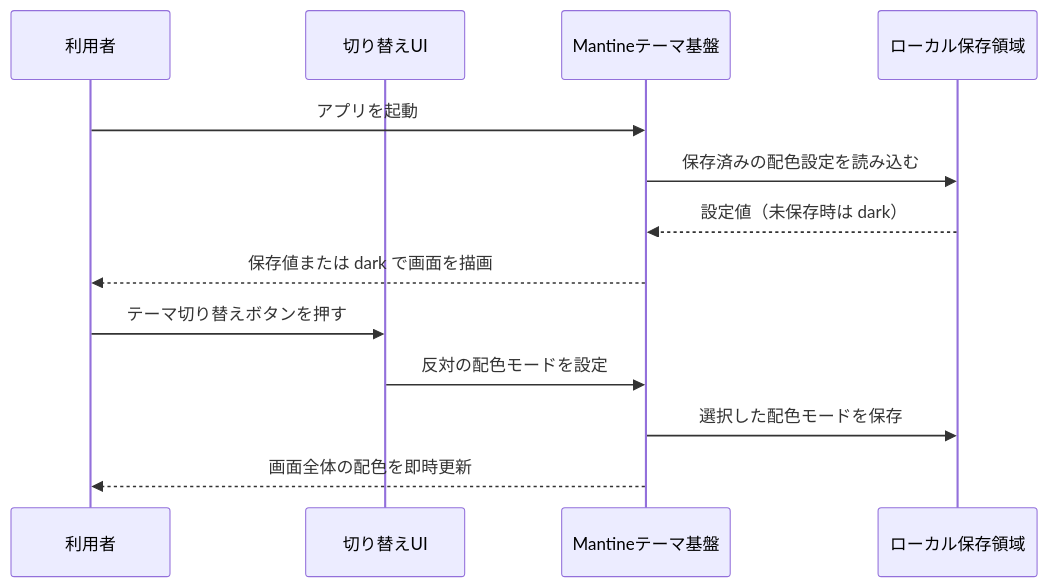
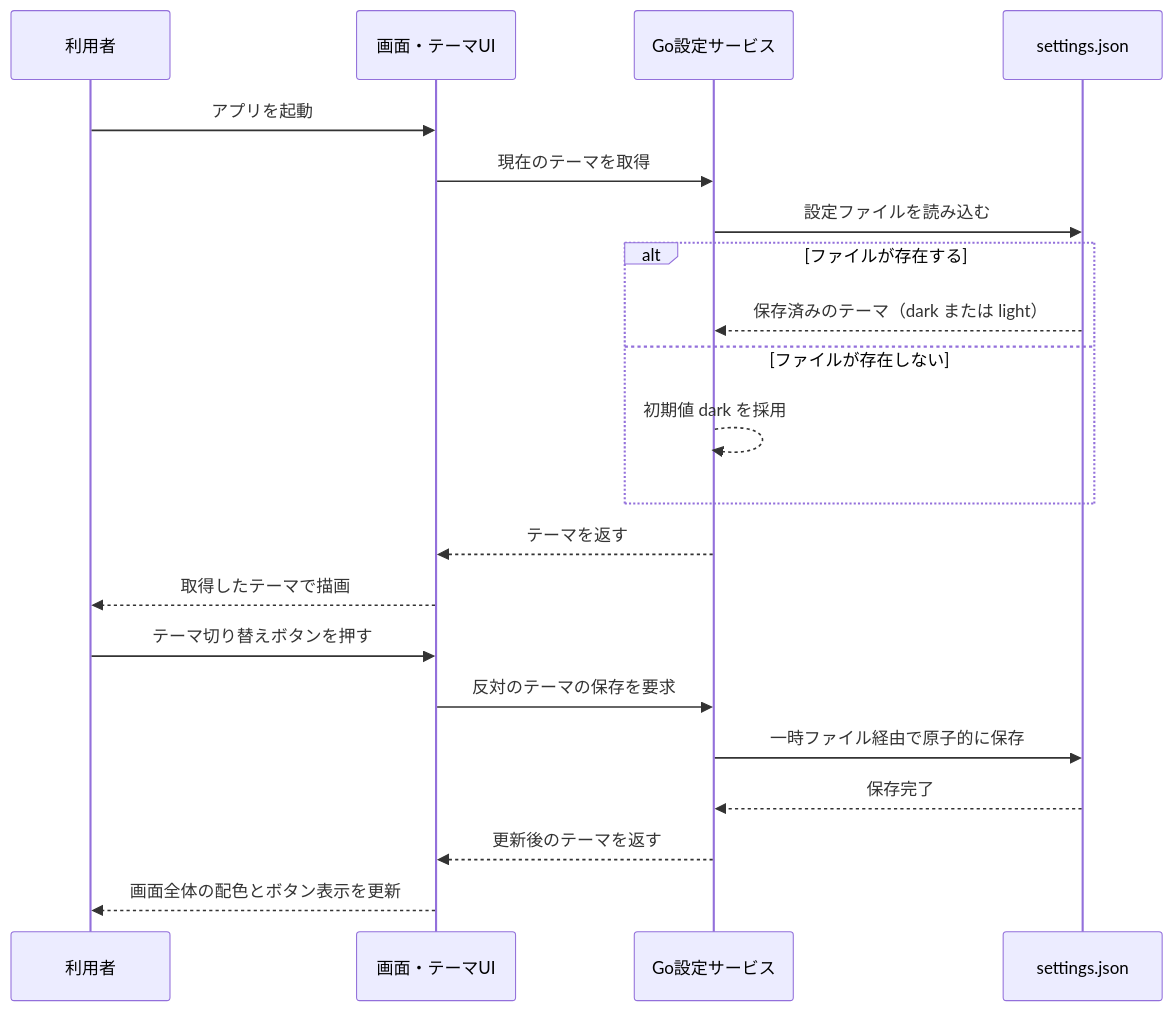
The diagram in docs/design/UCP-4.md (nuitsjp/azfoundry-deck), drawn with Mermaid before and after one commit. The commit also changed other lines of this file and 4 other files, not shown here.

````diff
--- a/docs/design/UCP-4.md
+++ b/docs/design/UCP-4.md
@@ -13,15 +14,23 @@
 ```mermaid
 sequenceDiagram
   participant U as 利用者
-  participant C as 切り替えUI
-  participant M as Mantineテーマ基盤
-  participant S as ローカル保存領域
-  U->>M: アプリを起動
-  M->>S: 保存済みの配色設定を読み込む
-  S-->>M: 設定値（未保存時は dark）
-  M-->>U: 保存値または dark で画面を描画
+  participant C as 画面・テーマUI
+  participant S as Go設定サービス
+  participant F as settings.json
+  U->>C: アプリを起動
+  C->>S: 現在のテーマを取得
+  S->>F: 設定ファイルを読み込む
+  alt ファイルが存在する
+    F-->>S: 保存済みのテーマ（dark または light）
+  else ファイルが存在しない
+    S-->>S: 初期値 dark を採用
+  end
+  S-->>C: テーマを返す
+  C-->>U: 取得したテーマで描画
   U->>C: テーマ切り替えボタンを押す
-  C->>M: 反対の配色モードを設定
-  M->>S: 選択した配色モードを保存
-  M-->>U: 画面全体の配色を即時更新
+  C->>S: 反対のテーマの保存を要求
+  S->>F: 一時ファイル経由で原子的に保存
+  F-->>S: 保存完了
+  S-->>C: 更新後のテーマを返す
+  C-->>U: 画面全体の配色とボタン表示を更新
 ```
````
